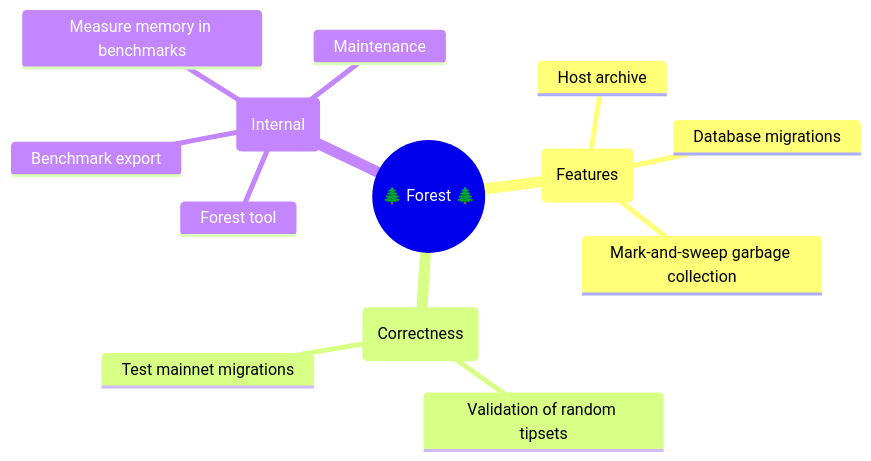
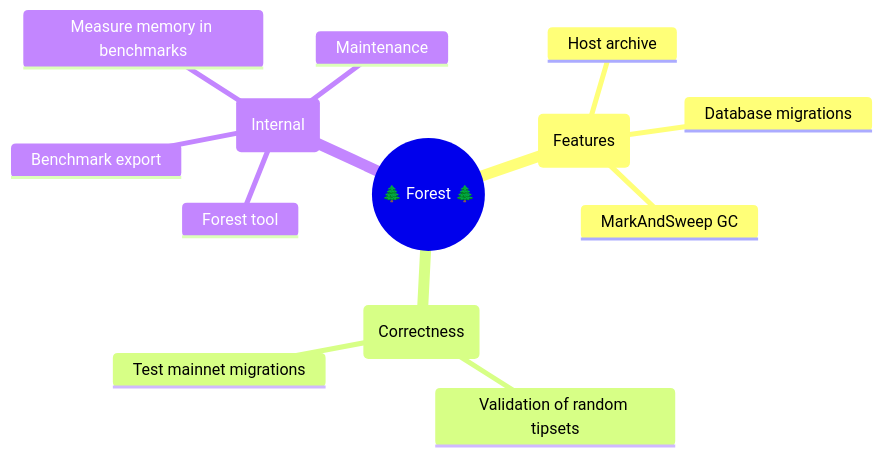
The second of 2 diagrams in documentation/mindmaps/2023-07-31.md (jennijuju/forest), drawn with Mermaid before and after one commit.

Commit message:
avoid dashes

````diff
--- a/documentation/mindmaps/2023-07-31.md
+++ b/documentation/mindmaps/2023-07-31.md
@@ -35,16 +35,16 @@
 ```mermaid
 mindmap
   root((🌲 Forest 🌲))
     id(Features)
       Host archive
       Database migrations
-      Mark-and-sweep garbage collection
+      MarkAndSweep GC
     id(Correctness)
       Validation of random tipsets
       Test mainnet migrations
     id(Internal)
       Forest tool
       Benchmark export
       Measure memory in benchmarks
       Maintenance
 ```
````
